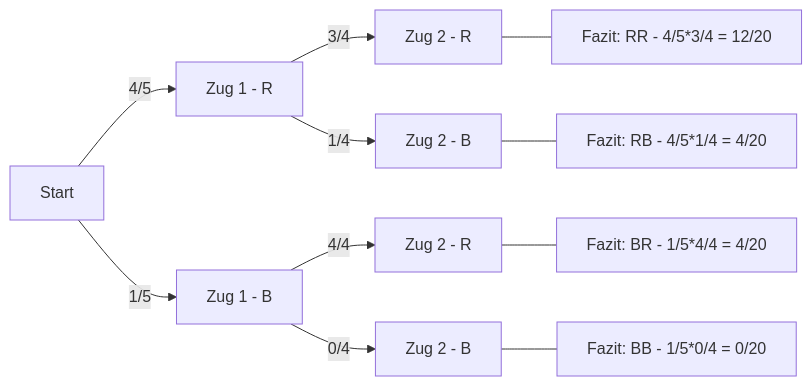
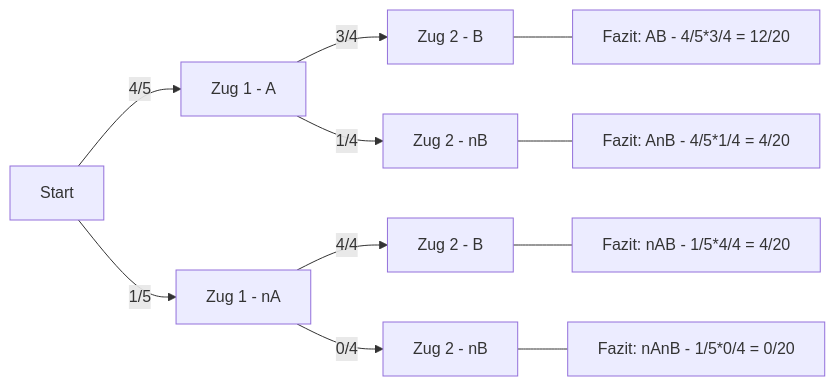
The third of 5 diagrams in 0350-wskt2.qmd (sebastiansauer/start-bayes), drawn with Mermaid before and after one commit. The commit also changed other lines of this file and 95 other files, not shown here.

````diff
--- a/0350-wskt2.qmd
+++ b/0350-wskt2.qmd
@@ -1110,16 +1086,17 @@
 ```{mermaid}
-%%| fig-cap: "Baumdiagramm für ein ein zweistufiges Zufallsereignis, wobei der 2. Zug (Stufe) abhängig ist vom 1. Zug."
+%%| fig-cap: "Baumdiagramm für ein zweistufiges Zufallsereignis, wobei der 2. Zug (Stufe) abhängig ist vom 1. Zug."
 %%| label: fig-baum-abh
 flowchart LR
-  A[Start] -->|4/5|B[Zug 1 - R]
-  A -->|1/5|C[Zug 1 - B]
-  B -->|3/4|D[Zug 2 - R]
-  B -->|1/4|E[Zug 2 -  B]
-  D --- H[Fazit: RR - 4/5*3/4 = 12/20]
-  E --- I[Fazit: RB - 4/5*1/4 = 4/20]
-  C -->|4/4|F[Zug 2 - R]
-  C -->|0/4|G[Zug 2 - B]
-  F --- J[Fazit: BR - 1/5*4/4 = 4/20]
-  G --- K[Fazit: BB - 1/5*0/4 = 0/20]
+  A[Start] -->|4/5|B[Zug 1 - A]
+  A -->|1/5|C[Zug 1 - nA]
+  B -->|3/4|D[Zug 2 - B]
+  B -->|1/4|E[Zug 2 -  nB]
+  D --- H[Fazit: AB - 4/5*3/4 = 12/20]
+  E --- I[Fazit: AnB - 4/5*1/4 = 4/20]
+  C -->|4/4|F[Zug 2 - B]
+  C -->|0/4|G[Zug 2 - nB]
+  F --- J[Fazit: nAB - 1/5*4/4 = 4/20]
+  G --- K[Fazit: nAnB - 1/5*0/4 = 0/20]
+  
   
 ```
````
